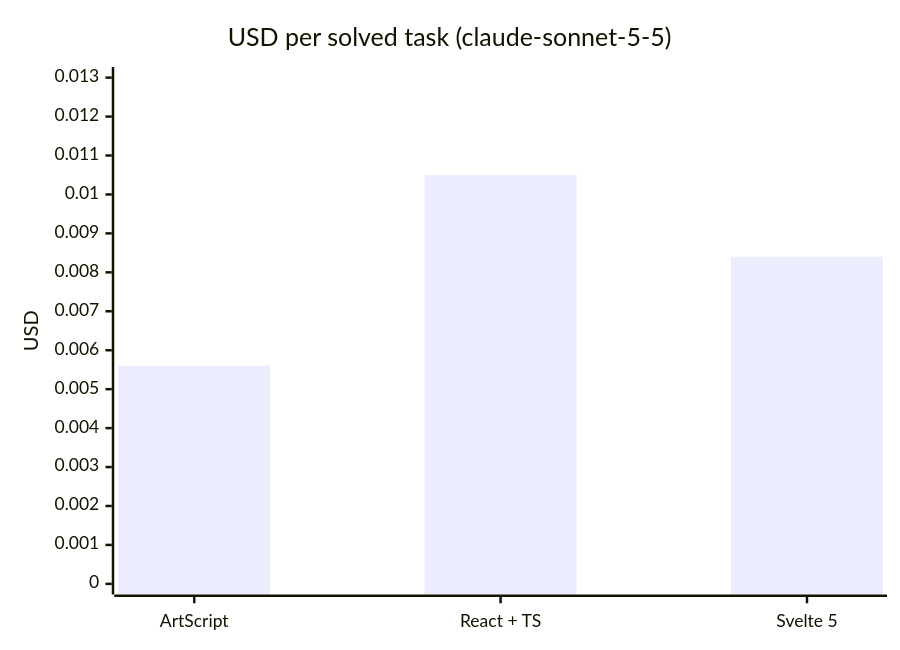
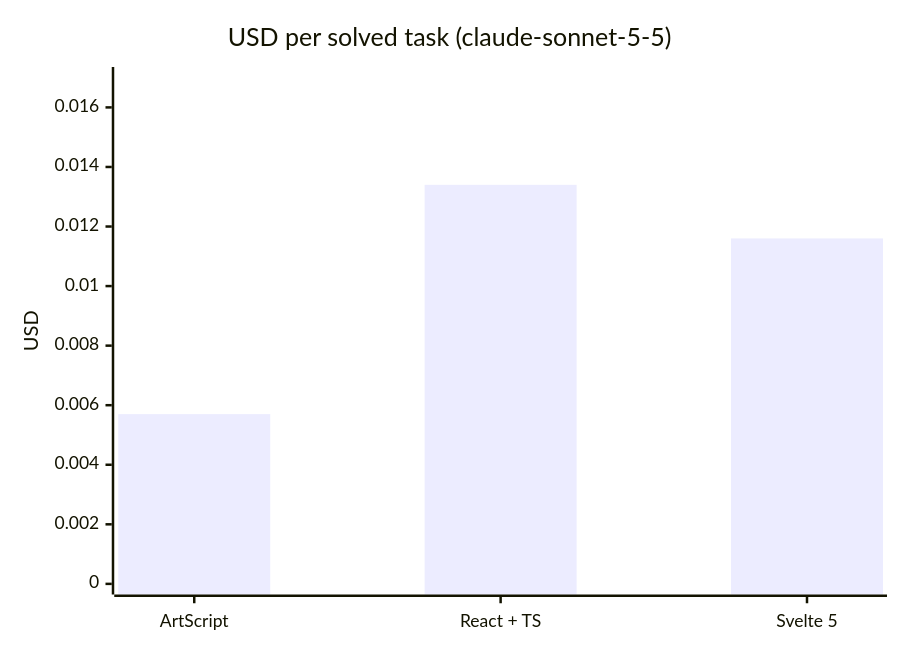
One commit to leb90/ArtScript changed the second of 2 diagrams in README.md. Above: the diagram before and after it, drawn with Mermaid. The commit also changed other lines of this file and 16 other files, not shown here.

````diff
--- a/README.md
+++ b/README.md
@@ -202,7 +202,7 @@
 ```mermaid
 xychart-beta
     title "USD per solved task (claude-sonnet-5-5)"
     x-axis ["ArtScript", "React + TS", "Svelte 5"]
-    y-axis "USD" 0 --> 0.013
-    bar [0.0056, 0.0105, 0.0084]
+    y-axis "USD" 0 --> 0.017
+    bar [0.0057, 0.0134, 0.0116]
 ```
````
